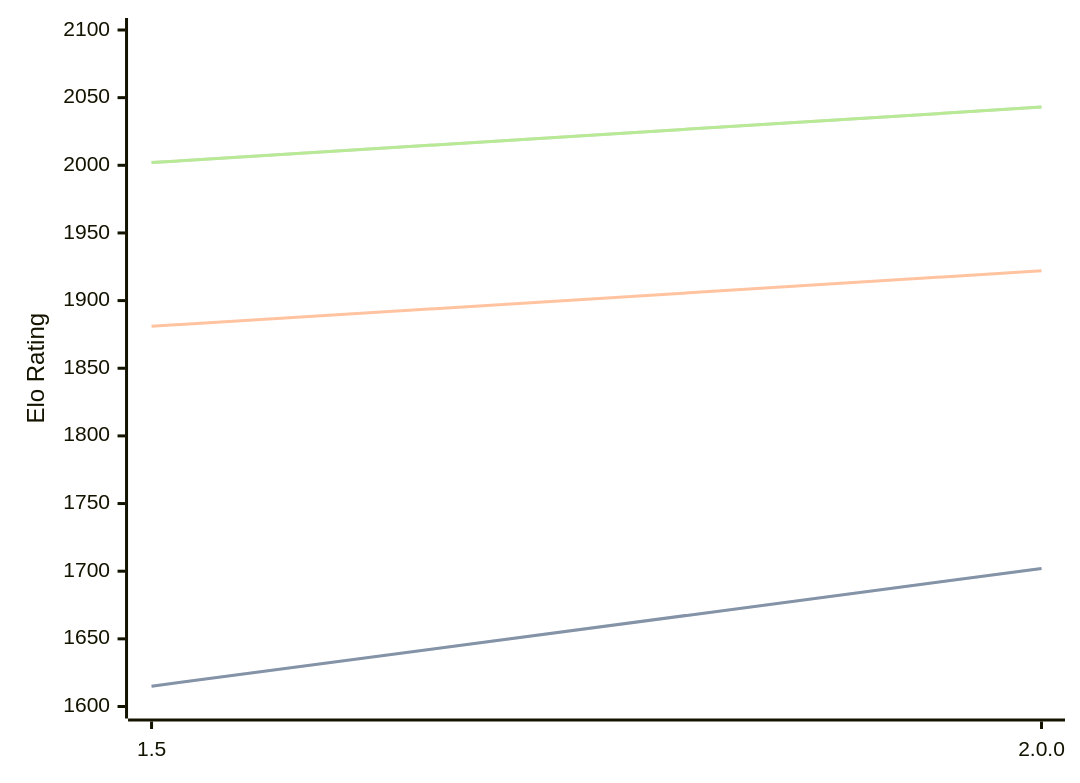
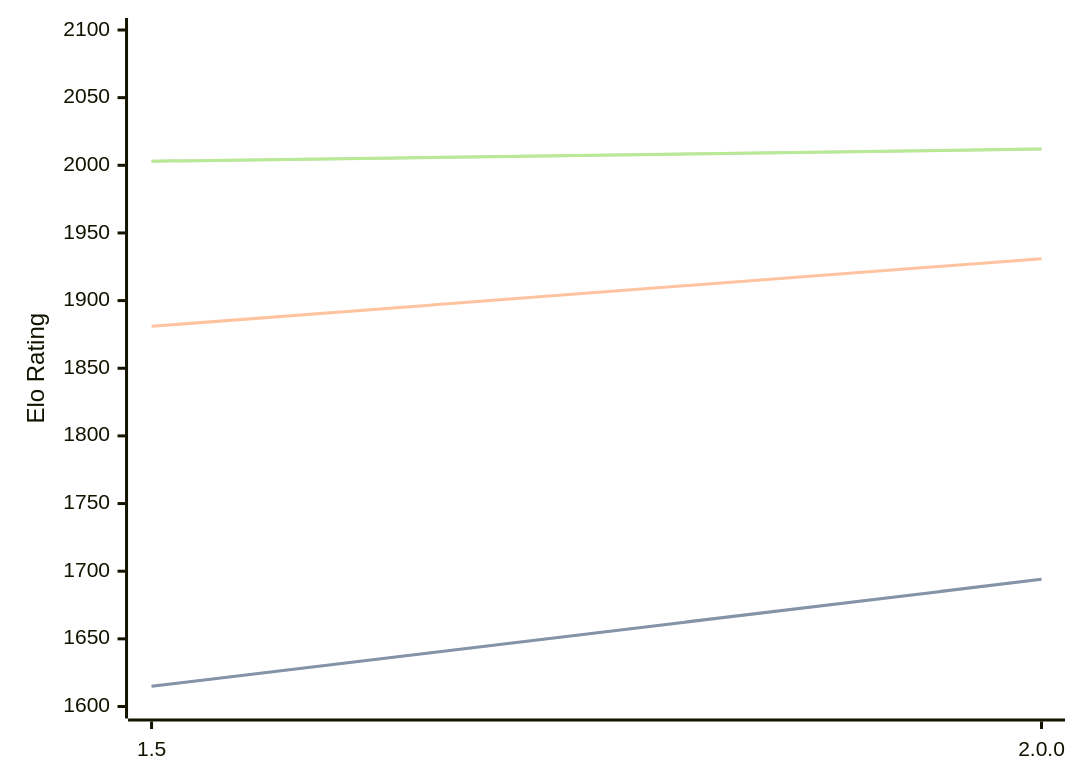
One commit to computer-chess-index/cci changed the diagram in engines/Rudim.md. Above: the diagram before and after it, drawn with Mermaid. The commit also changed other lines of this file, not shown here.

Commit message:
Update CCI Ratings (ELO VLTC) - 2026-05-06

````diff
--- a/engines/Rudim.md
+++ b/engines/Rudim.md
@@ -37,11 +37,11 @@
 ```mermaid
 %%{init: {"theme":"base","themeVariables":{"seriesColors:['#a3a3a3','#222221','#faa371']}}}%%
 xychart-beta
   x-axis ["1.5", "2.0.0"]
   y-axis "Elo Rating" 1600 --> 2100
-  line "STC (8.0+0.08s)" [1615, 1702]
-  line "STC (8.0+0.08s)" [1615, 1702]
-  line "LTC (60.0+0.60s)" [1881, 1922]
-  line "VLTC (2m24s+1.12s)" [2002, 2043]
-  line "VLTC (2m24s+1.12s)" [2002, 2043]
+  line "STC (8.0+0.08s)" [1615, 1694]
+  line "STC (8.0+0.08s)" [1615, 1694]
+  line "LTC (60.0+0.60s)" [1881, 1931]
+  line "VLTC (2m24s+1.12s)" [2003, 2012]
+  line "VLTC (2m24s+1.12s)" [2003, 2012]
 ```
````
